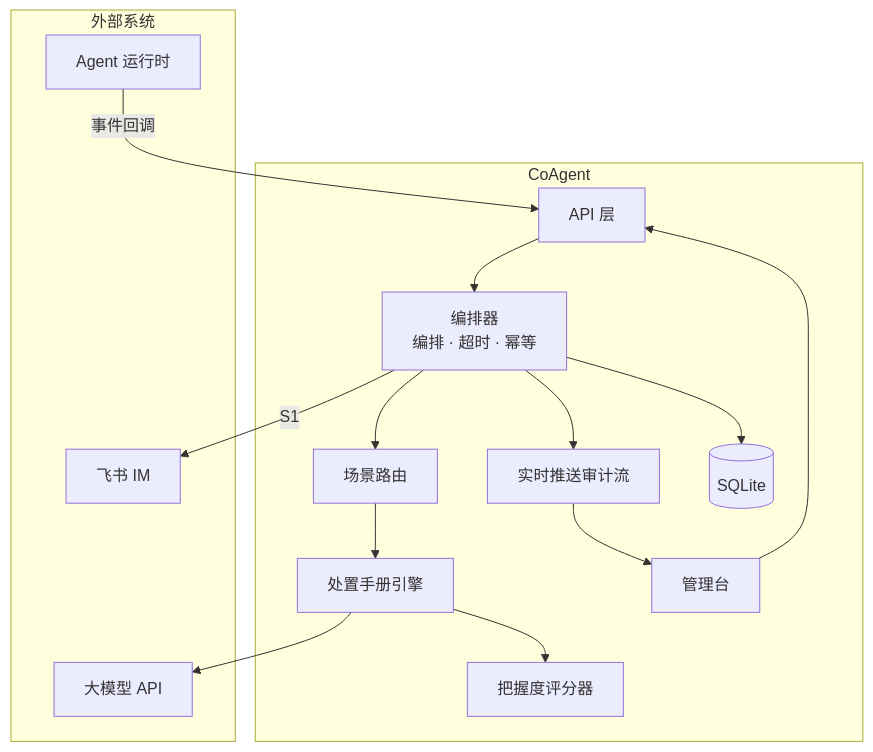
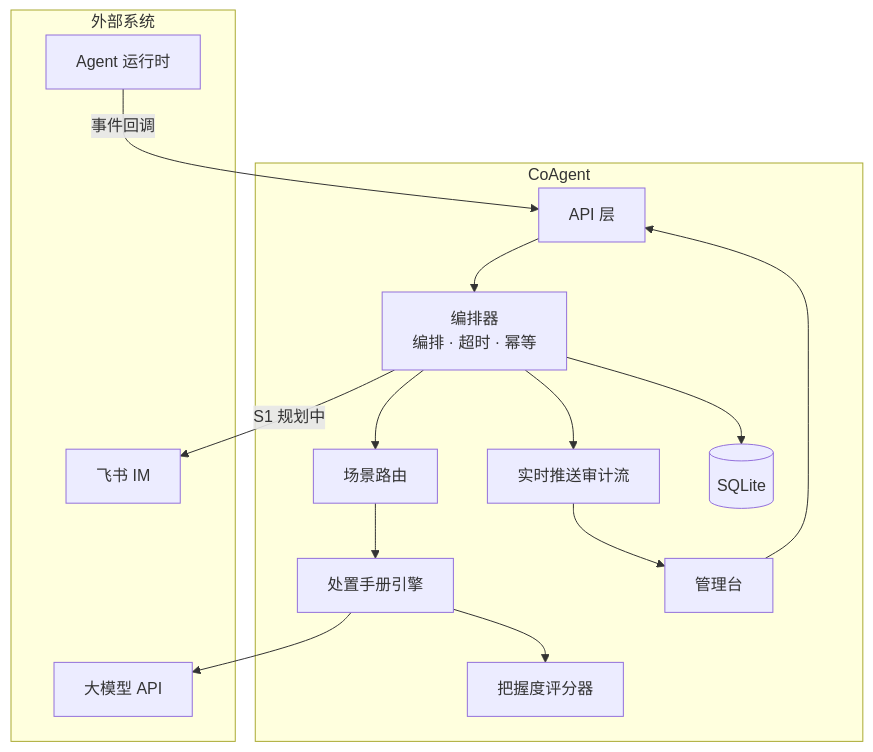
Before and after one commit to lurui1997/coagent: the diagram in docs/intro/CoAgent 技术汇报.md, drawn with Mermaid. The commit also changed other lines of this file and 8 other files, not shown here.

````diff
--- a/docs/intro/CoAgent 技术汇报.md
+++ b/docs/intro/CoAgent 技术汇报.md
@@ -29,28 +29,28 @@
 ```mermaid
 flowchart TB
     subgraph External["外部系统"]
         AG["Agent 运行时"]
         LLM["大模型 API"]
         FS["飞书 IM"]
     end
 
     subgraph CoAgent["CoAgent"]
         API["API 层"]
         OR["编排器<br/>编排 · 超时 · 幂等"]
         SR["场景路由"]
         PE["处置手册引擎"]
         SC["把握度评分器"]
         SSE["实时推送审计流"]
         DB[("SQLite")]
         WEB["管理台"]
     end
 
     AG -->|"事件回调"| API
     WEB --> API
     API --> OR --> SR --> PE
     PE --> LLM
     PE --> SC
     OR --> SSE --> WEB
     OR --> DB
-    OR -->|"S1"| FS
+    OR -->|"S1 规划中"| FS
 ```
````
